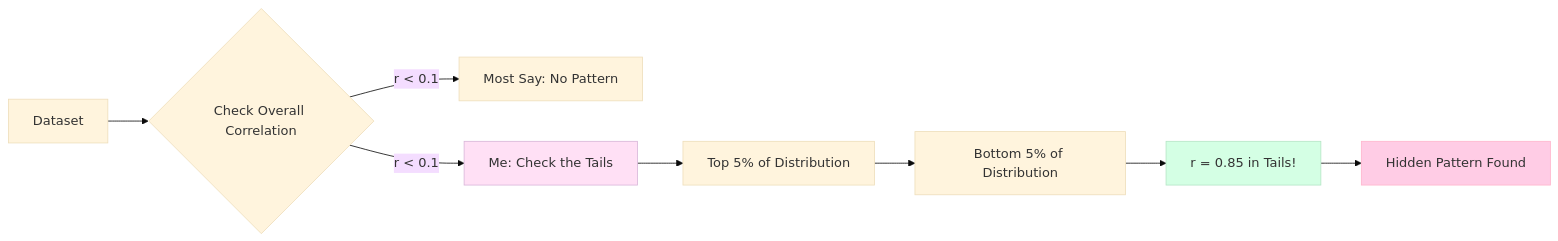
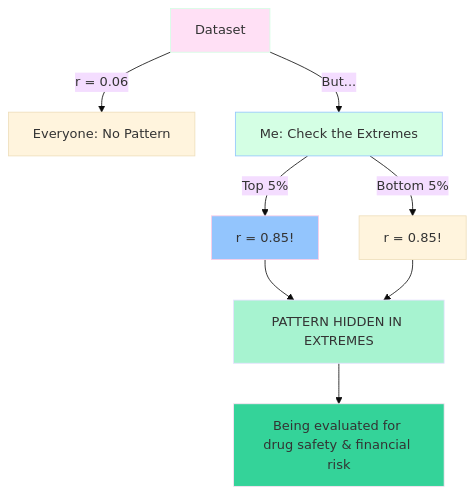
One commit to Cazzy-Aporbo/Cazzy-Aporbo changed the diagram in README.md. Above: the diagram before and after it, drawn with Mermaid. The commit also changed other lines of this file, not shown here.

````diff
--- a/README.md
+++ b/README.md
@@ -744,15 +183,17 @@
 ```mermaid
 %%{init: {'theme': 'base'}}%%
-graph LR
-    A[Dataset] --> B{Check Overall Correlation}
-    B -->|r < 0.1| C[Most Say: No Pattern]
-    B -->|r < 0.1| D[Me: Check the Tails]
-    D --> E[Top 5% of Distribution]
-    E --> F[Bottom 5% of Distribution]
-    F --> G[r = 0.85 in Tails!]
-    G --> H[Hidden Pattern Found]
+graph TD
+    A[Dataset] -->|r = 0.06| B[Everyone: No Pattern]
+    A -->|But...| C[Me: Check the Extremes]
+    C -->|Top 5%| D[r = 0.85!]
+    C -->|Bottom 5%| E[r = 0.85!]
+    D --> F[PATTERN HIDDEN IN EXTREMES]
+    E --> F
+    F --> G[Being evaluated for drug safety & financial risk]
     
-    style D fill:#FFE0F5,stroke:#D8B5D8
-    style G fill:#D4FFE4,stroke:#B5E5C5
-    style H fill:#FFCCE5,stroke:#FFB5CC
+    style A fill:#FFE0F5,stroke:#D4FFE4
+    style C fill:#D4FFE4,stroke:#93C5FD
+    style D fill:#93C5FD,stroke:#FFCCE5
+    style F fill:#A7F3D0,stroke:#E6E0FF
+    style G fill:#34D399,stroke:#FFE0F5
 ```
````
